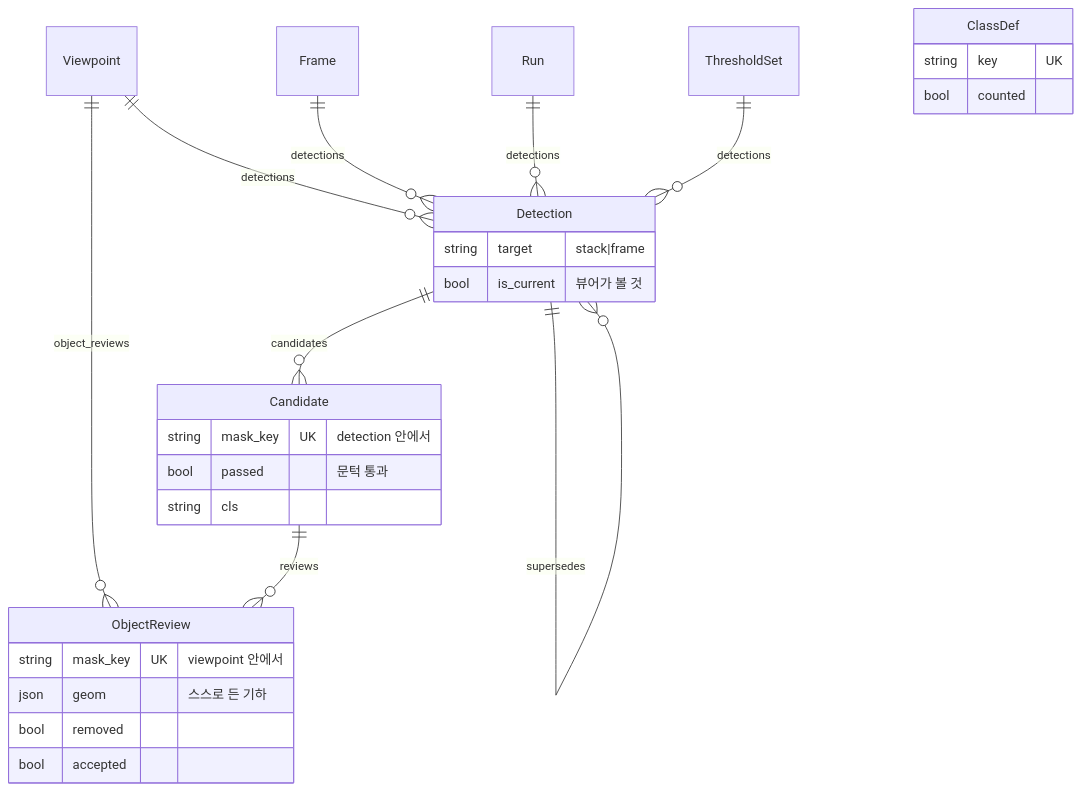
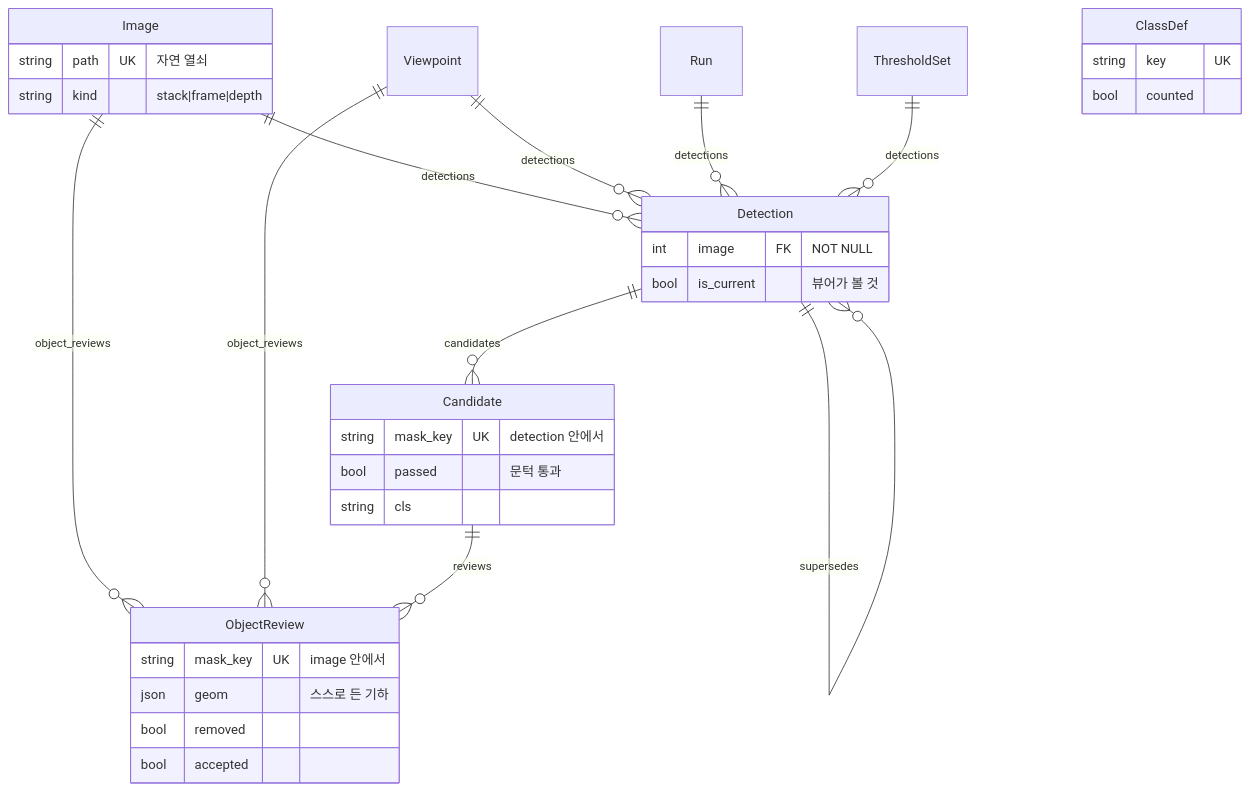
Before and after one commit to jikhanjung/DiaRUGA: the third of 5 diagrams in docs/20260804_db-erd-poster.md, drawn with Mermaid. The commit also changed other lines of this file and 23 other files, not shown here.

````diff
--- a/docs/20260804_db-erd-poster.md
+++ b/docs/20260804_db-erd-poster.md
@@ -70,31 +73,36 @@
 ```mermaid
 erDiagram
+    Image ||--o{ Detection : detections
+    Image ||--o{ ObjectReview : object_reviews
     Viewpoint ||--o{ Detection : detections
     Viewpoint ||--o{ ObjectReview : object_reviews
-    Frame ||--o{ Detection : detections
     Run ||--o{ Detection : detections
     ThresholdSet ||--o{ Detection : detections
     Detection ||--o{ Candidate : candidates
     Detection ||--o{ Detection : supersedes
     Candidate ||--o{ ObjectReview : reviews
 
+    Image {
+        string path UK "자연 열쇠"
+        string kind "stack|frame|depth"
+    }
     Detection {
-        string target "stack|frame"
+        int image FK "NOT NULL"
         bool is_current "뷰어가 볼 것"
     }
     Candidate {
         string mask_key UK "detection 안에서"
         bool passed "문턱 통과"
         string cls
     }
     ObjectReview {
-        string mask_key UK "viewpoint 안에서"
+        string mask_key UK "image 안에서"
         json geom "스스로 든 기하"
         bool removed
         bool accepted
     }
     CD["ClassDef"] {
         string key UK
         bool counted
     }
 ```
````
